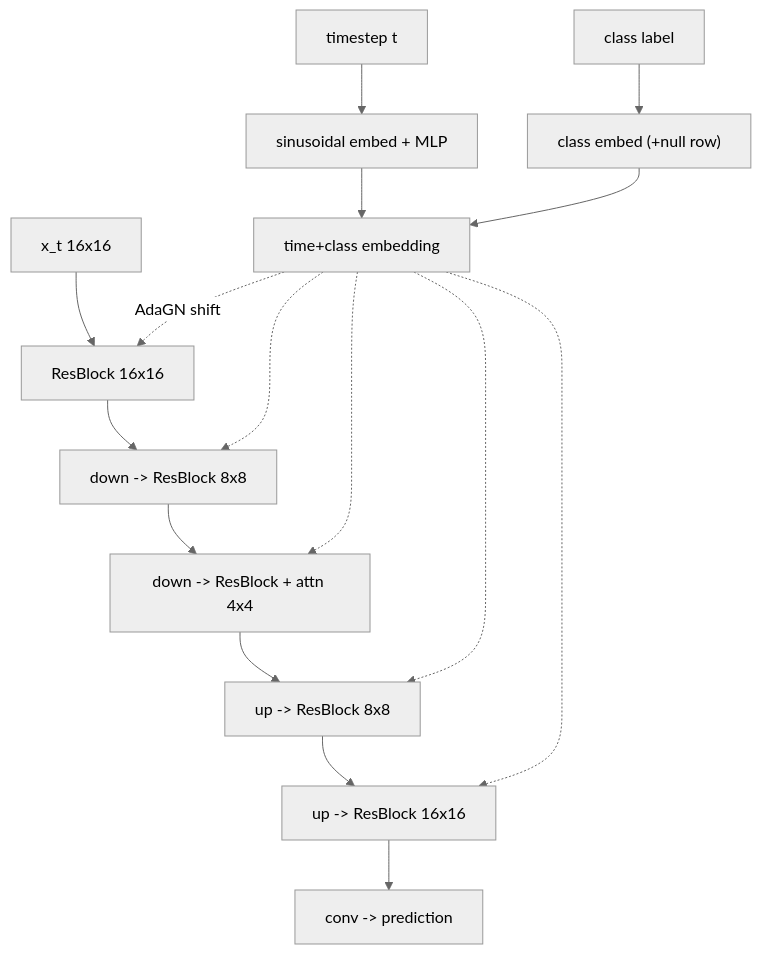
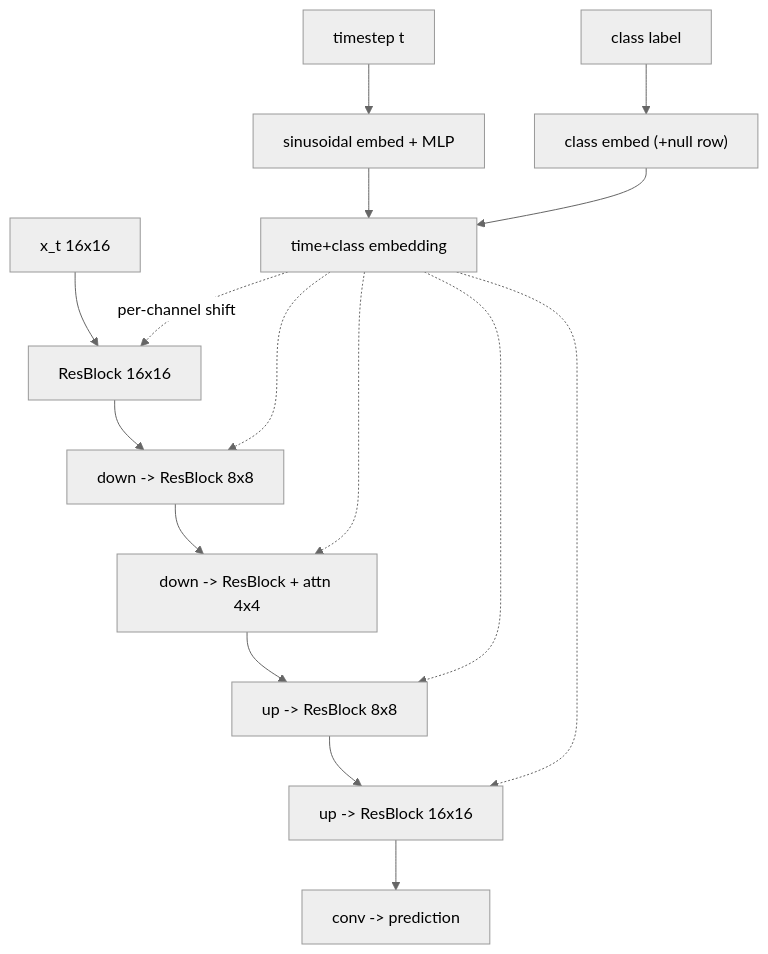
One commit to tanmaniac/nanovision changed the second of 2 diagrams in assignments/a05_diffusion/README.md. Above: the diagram before and after it, drawn with Mermaid (neutral theme). The commit also changed other lines of this file and 29 other files, not shown here.

````diff
--- a/assignments/a05_diffusion/README.md
+++ b/assignments/a05_diffusion/README.md
@@ -220,14 +641,14 @@
 ```mermaid
 flowchart TD
     t["timestep t"] --> te["sinusoidal embed + MLP"]
     c["class label"] --> ce["class embed (+null row)"]
     te --> emb["time+class embedding"]
     ce --> emb
     x["x_t 16x16"] --> d1["ResBlock 16x16"] --> d2["down -> ResBlock 8x8"] --> mid["down -> ResBlock + attn 4x4"]
     mid --> u2["up -> ResBlock 8x8"] --> u1["up -> ResBlock 16x16"] --> out["conv -> prediction"]
-    emb -.->|"AdaGN shift"| d1
+    emb -.->|"per-channel shift"| d1
     emb -.-> d2
     emb -.-> mid
     emb -.-> u2
     emb -.-> u1
 ```
````
